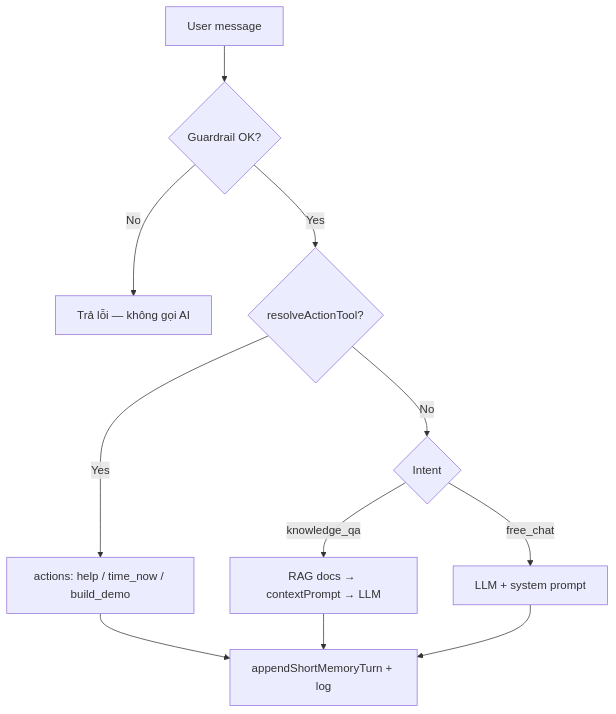
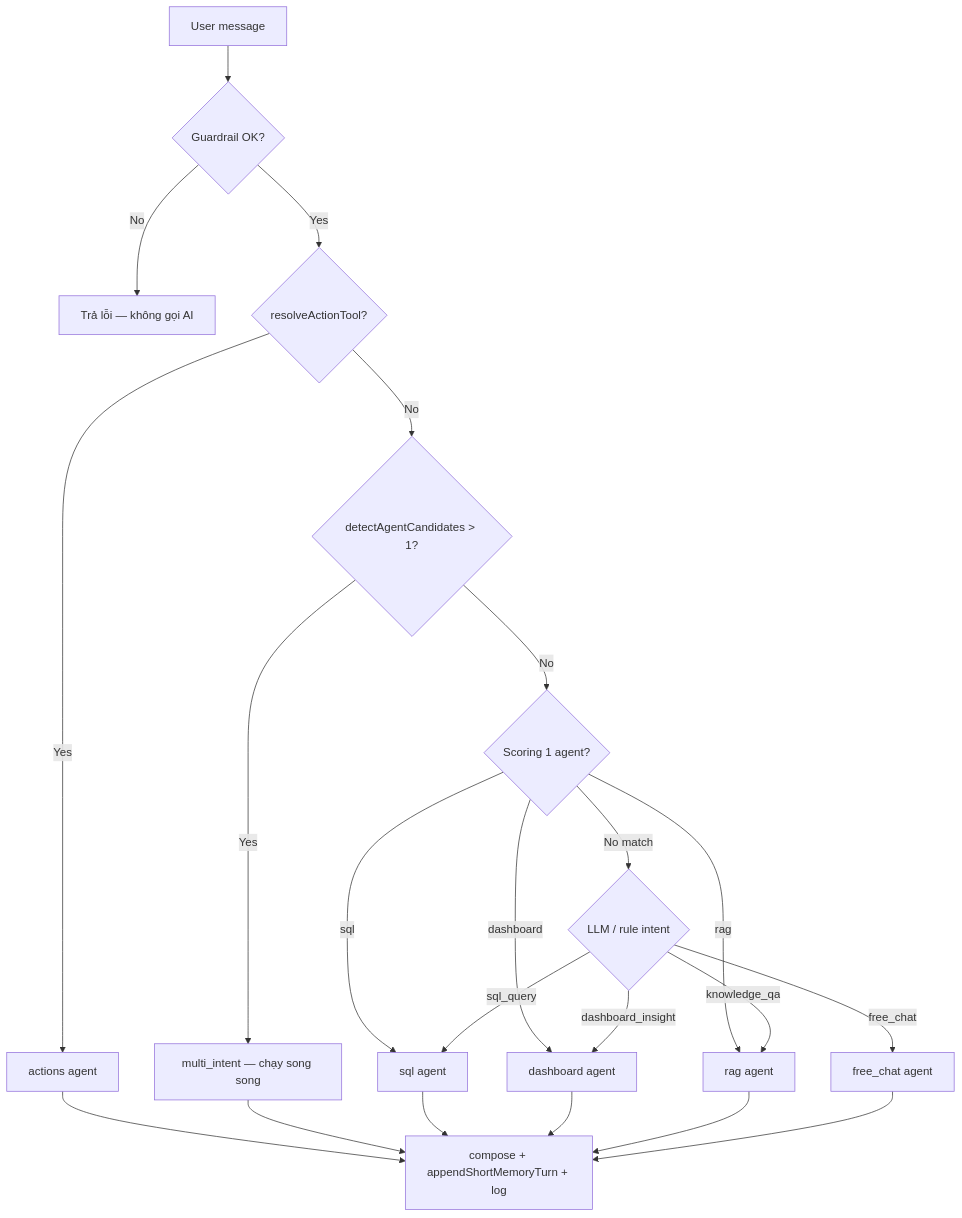
The third of 4 diagrams in docs/chat-agent-flow.md (Th4nh2603/NewDashboardYomedia), drawn with Mermaid before and after one commit. The commit also changed other lines of this file and 48 other files, not shown here.

First line of the commit message:
refactor(ai): multi-agent supervisor orchestration with tool-based execution

````diff
--- a/docs/chat-agent-flow.md
+++ b/docs/chat-agent-flow.md
@@ -178,14 +259,25 @@
 ```mermaid
 flowchart TD
   Q[User message]
   Q --> G{Guardrail OK?}
   G -->|No| E[Trả lỗi — không gọi AI]
   G -->|Yes| T{resolveActionTool?}
-  T -->|Yes| ACT[actions: help / time_now / build_demo]
-  T -->|No| I{Intent}
-  I -->|knowledge_qa| RAG[RAG docs → contextPrompt → LLM]
-  I -->|free_chat| CHAT[LLM + system prompt]
-  ACT --> MEM[appendShortMemoryTurn + log]
+  T -->|Yes| ACT[actions agent]
+  T -->|No| MC{detectAgentCandidates > 1?}
+  MC -->|Yes| MULTI[multi_intent — chạy song song]
+  MC -->|No| SC{Scoring 1 agent?}
+  SC -->|sql| SQL[sql agent]
+  SC -->|dashboard| DASH[dashboard agent]
+  SC -->|rag| RAG[rag agent]
+  SC -->|No match| I{LLM / rule intent}
+  I -->|knowledge_qa| RAG
+  I -->|sql_query| SQL
+  I -->|dashboard_insight| DASH
+  I -->|free_chat| CHAT[free_chat agent]
+  ACT --> MEM[compose + appendShortMemoryTurn + log]
+  MULTI --> MEM
+  SQL --> MEM
+  DASH --> MEM
   RAG --> MEM
   CHAT --> MEM
 ```
````
